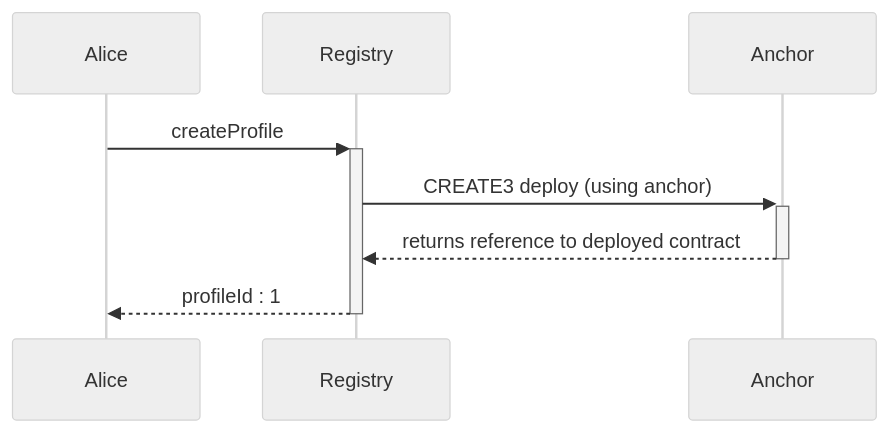
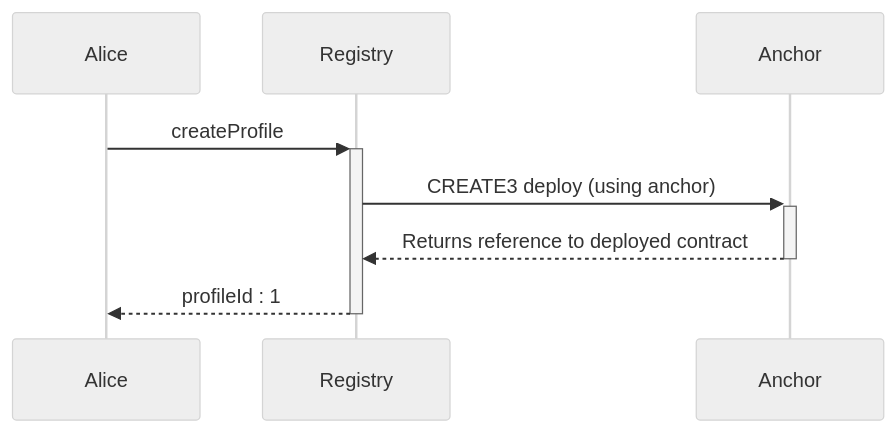
One commit to allo-protocol/allo-v2 changed the second of 14 diagrams in contracts/readme/Overview.md. Above: the diagram before and after it, drawn with Mermaid (neutral theme). The commit also changed other lines of this file, not shown here.

Commit message:
update mermaid diagram

````diff
--- a/contracts/readme/Overview.md
+++ b/contracts/readme/Overview.md
@@ -147,7 +147,11 @@
 ```mermaid
 sequenceDiagram
-    Alice ->>+Registry: createProfile
-    Registry ->>+Anchor: CREATE3 deploy (using anchor)
-    Anchor -->>-Registry: returns reference to deployed contract
-    Registry-->>-Alice: profileId : 1
+    participant Alice
+    participant Registry
+    participant Anchor
+
+    Alice ->>+ Registry: createProfile
+    Registry ->>+ Anchor: CREATE3 deploy (using anchor)
+    Anchor -->>- Registry: Returns reference to deployed contract
+    Registry -->>- Alice: profileId : 1
 ```
````
